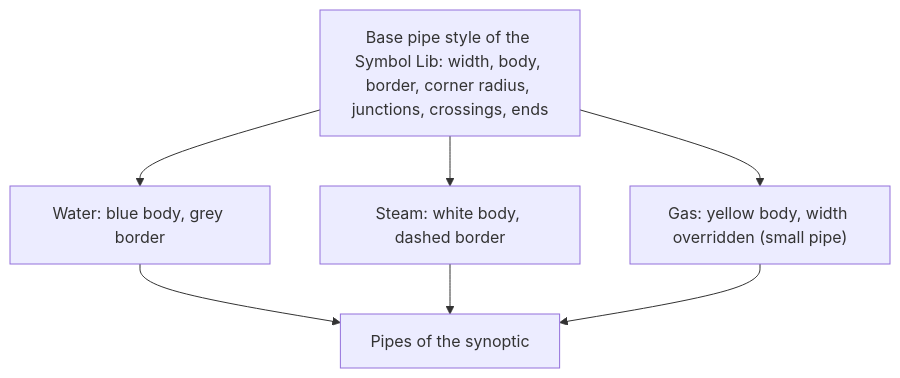
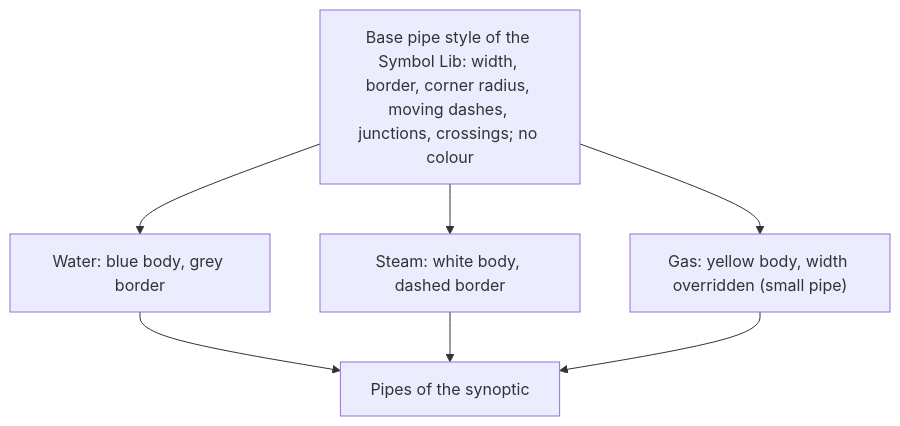
One commit to AlexandreGallais/synoptic-studio-spec changed the first of 3 diagrams in symbols/pipes/pipe-styles.md. Above: the diagram before and after it, drawn with Mermaid. The commit also changed other lines of this file and 12 other files, not shown here.

````diff
--- a/symbols/pipes/pipe-styles.md
+++ b/symbols/pipes/pipe-styles.md
@@ -42,10 +47,10 @@
 ```mermaid
 flowchart TD
-    B["Base pipe style of the Symbol Lib: width, body, border, corner radius, junctions, crossings, ends"]
+    B["Base pipe style of the Symbol Lib: width, border, corner radius, moving dashes, junctions, crossings; no colour"]
     B --> W["Water: blue body, grey border"]
     B --> S["Steam: white body, dashed border"]
     B --> G["Gas: yellow body, width overridden (small pipe)"]
     W --> P1["Pipes of the synoptic"]
     S --> P1
     G --> P1
 ```
````
